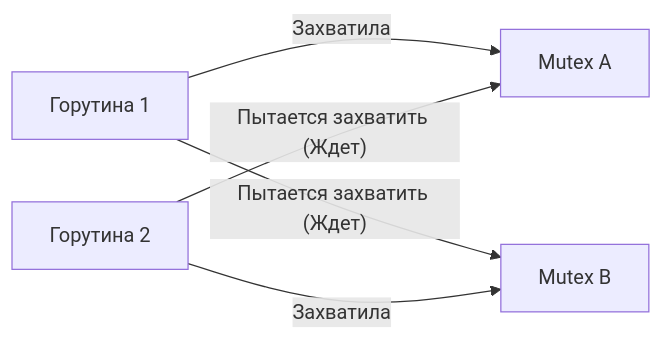
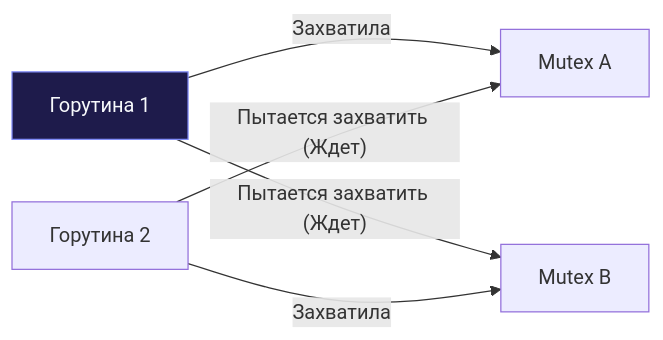
One commit to UnrealTemplier/go-textbook changed the first of 3 diagrams in sources/5. Учебник по Go (Основы и синтаксис)/43. Deadlock, Livelock и типичные ошибки конкурентности.md. Above: the diagram before and after it, drawn with Mermaid. The commit also changed other lines of this file and 1666 other files, not shown here.

First line of the commit message:
feat(mermaid): add semantic color classDef to 1369 colorless flowchart/graph diagrams

````diff
--- a/sources/5. Учебник по Go (Основы и синтаксис)/43. Deadlock, Livelock и типичные ошибки конкурентности.md
+++ b/sources/5. Учебник по Go (Основы и синтаксис)/43. Deadlock, Livelock и типичные ошибки конкурентности.md
@@ -22,7 +22,17 @@
 ```mermaid
 flowchart LR
-    G1["Горутина 1"] -->|"Захватила"| MA["Mutex A"]
+    classDef process  fill:#1e293b,stroke:#38bdf8,stroke-width:1px,color:#f8fafc
+    classDef success  fill:#064e3b,stroke:#34d399,stroke-width:1px,color:#f8fafc
+    classDef error    fill:#7f1d1d,stroke:#f87171,stroke-width:1px,color:#f8fafc
+    classDef warning  fill:#78350f,stroke:#fbbf24,stroke-width:1px,color:#f8fafc
+    classDef entry    fill:#1e3a5f,stroke:#38bdf8,stroke-width:2px,color:#f8fafc
+    classDef aux      fill:#334155,stroke:#64748b,stroke-width:1px,color:#f8fafc
+    classDef system   fill:#312e81,stroke:#a78bfa,stroke-width:1px,color:#f8fafc
+    classDef data     fill:#132d29,stroke:#2dd4bf,stroke-width:1px,color:#f8fafc
+    classDef network  fill:#881337,stroke:#fb7185,stroke-width:1px,color:#f8fafc
+    classDef accent   fill:#1e1b4b,stroke:#818cf8,stroke-width:1px,color:#f8fafc
+    G1["Горутина 1"]:::accent -->|"Захватила"| MA["Mutex A"]
     G1 -->|"Пытается захватить (Ждет)"| MB["Mutex B"]
     G2["Горутина 2"] -->|"Захватила"| MB
     G2 -->|"Пытается захватить (Ждет)"| MA
 ```
````
